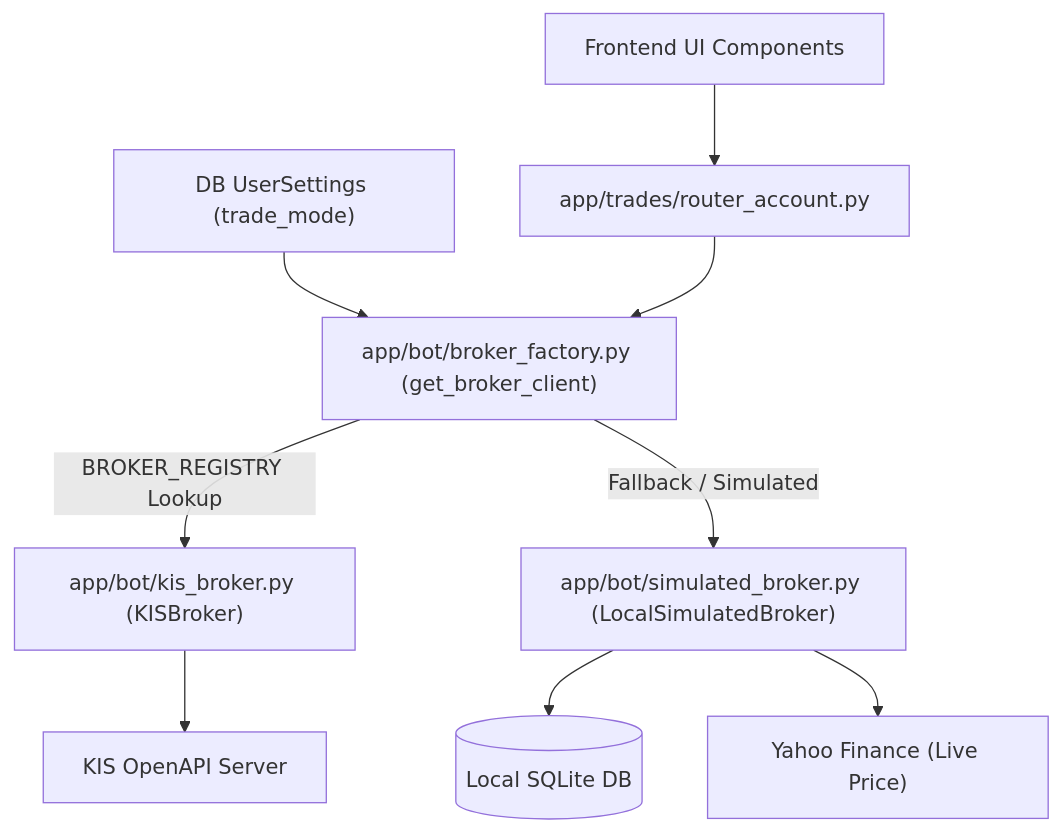
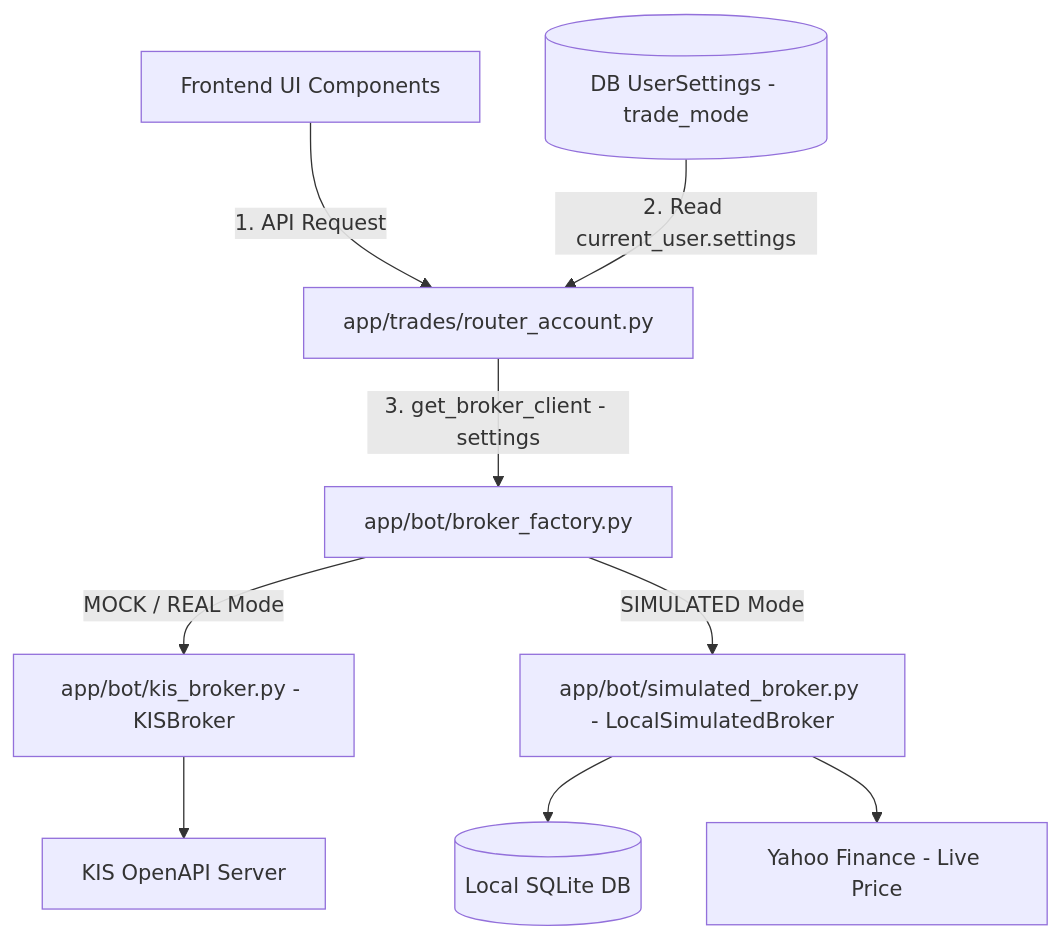
Before and after one commit to CarpediemBDev/stockAuto: the second of 5 diagrams in docs/SYSTEM_MANUAL.md, drawn with Mermaid. The commit also changed other lines of this file and 6 other files, not shown here.

````diff
--- a/docs/SYSTEM_MANUAL.md
+++ b/docs/SYSTEM_MANUAL.md
@@ -381,27 +377,11 @@
 ```mermaid
-
 graph TD
-
-    UserSettings["DB UserSettings (trade_mode)"] --> Factory["app/bot/broker_factory.py (get_broker_client)"]
-
-    
-
-    Factory -- "BROKER_REGISTRY Lookup" --> KIS["app/bot/kis_broker.py (KISBroker)"]
-
-    Factory -- "Fallback / Simulated" --> Mock["app/bot/simulated_broker.py (LocalSimulatedBroker)"]
-
-    
-
+    Frontend["Frontend UI Components"] -->|"1. API Request"| Router["app/trades/router_account.py"]
+    DB_Settings[("DB UserSettings - trade_mode")] -->|"2. Read current_user.settings"| Router
+    Router -->|"3. get_broker_client - settings"| Factory["app/bot/broker_factory.py"]
+    Factory -- "MOCK / REAL Mode" --> KIS["app/bot/kis_broker.py - KISBroker"]
+    Factory -- "SIMULATED Mode" --> Mock["app/bot/simulated_broker.py - LocalSimulatedBroker"]
     KIS --> KIS_API["KIS OpenAPI Server"]
-
     Mock --> DB_SQLite[("Local SQLite DB")]
-
-    Mock --> YFinance["Yahoo Finance (Live Price)"]
-
-    
-
-    Router["app/trades/router_account.py"] --> Factory
-
-    Frontend["Frontend UI Components"] --> Router
-
+    Mock --> YFinance["Yahoo Finance - Live Price"]
 ```
````
